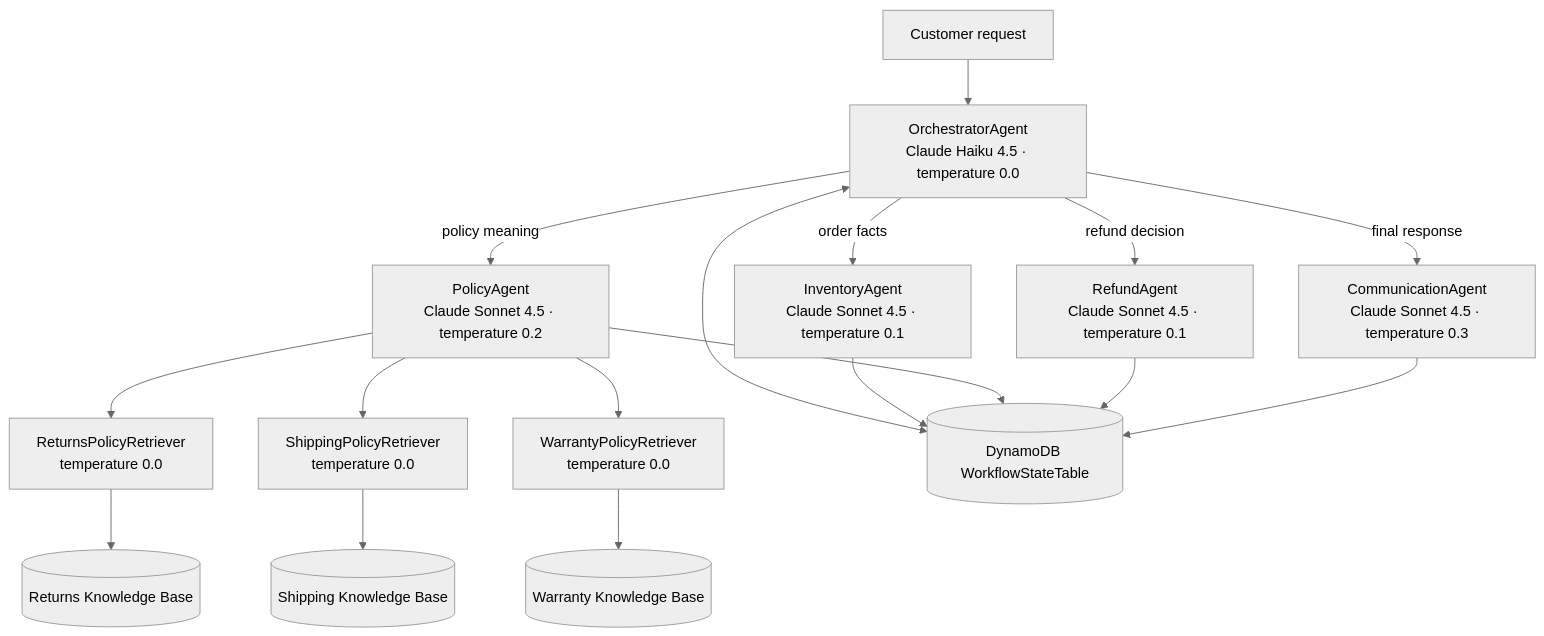
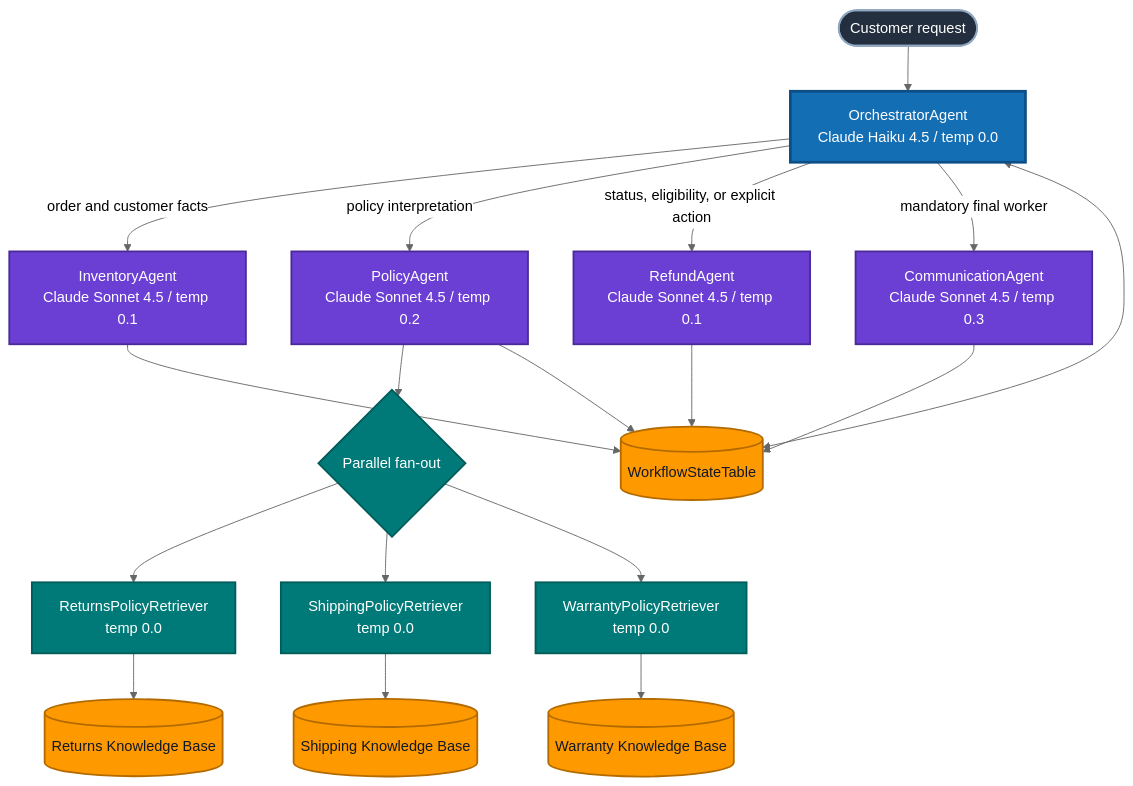
One commit to Nitin-Mane/Multi-Agent-E-commerce-RAG changed the second of 5 diagrams in docs/SYSTEM_ARCHITECTURE.md. Above: the diagram before and after it, drawn with Mermaid (neutral theme). The commit also changed other lines of this file and 5 other files, not shown here.

Commit message:
docs: add professional architecture and lifecycle diagrams

````diff
--- a/docs/SYSTEM_ARCHITECTURE.md
+++ b/docs/SYSTEM_ARCHITECTURE.md
@@ -7,21 +66,33 @@
 ```mermaid
 flowchart TD
-    Customer[Customer request] --> O[OrchestratorAgent<br/>Claude Haiku 4.5 · temperature 0.0]
-    O -->|order facts| I[InventoryAgent<br/>Claude Sonnet 4.5 · temperature 0.1]
-    O -->|policy meaning| P[PolicyAgent<br/>Claude Sonnet 4.5 · temperature 0.2]
-    O -->|refund decision| R[RefundAgent<br/>Claude Sonnet 4.5 · temperature 0.1]
-    O -->|final response| C[CommunicationAgent<br/>Claude Sonnet 4.5 · temperature 0.3]
+    Customer([Customer request]) --> O[OrchestratorAgent<br/>Claude Haiku 4.5 / temp 0.0]
+    O -->|order and customer facts| I[InventoryAgent<br/>Claude Sonnet 4.5 / temp 0.1]
+    O -->|policy interpretation| P[PolicyAgent<br/>Claude Sonnet 4.5 / temp 0.2]
+    O -->|status, eligibility, or explicit action| R[RefundAgent<br/>Claude Sonnet 4.5 / temp 0.1]
+    O -->|mandatory final worker| C[CommunicationAgent<br/>Claude Sonnet 4.5 / temp 0.3]
 
-    P --> PR1[ReturnsPolicyRetriever<br/>temperature 0.0]
-    P --> PR2[ShippingPolicyRetriever<br/>temperature 0.0]
-    P --> PR3[WarrantyPolicyRetriever<br/>temperature 0.0]
+    P --> FanOut{Parallel fan-out}
+    FanOut --> PR1[ReturnsPolicyRetriever<br/>temp 0.0]
+    FanOut --> PR2[ShippingPolicyRetriever<br/>temp 0.0]
+    FanOut --> PR3[WarrantyPolicyRetriever<br/>temp 0.0]
     PR1 --> KB1[(Returns Knowledge Base)]
     PR2 --> KB2[(Shipping Knowledge Base)]
     PR3 --> KB3[(Warranty Knowledge Base)]
 
-    O <--> WS[(DynamoDB WorkflowStateTable)]
+    O <--> WS[(WorkflowStateTable)]
     I --> WS
     P --> WS
     R --> WS
     C --> WS
+
+    classDef user fill:#232F3E,color:#FFFFFF,stroke:#8FA7C1,stroke-width:2px;
+    classDef orchestrator fill:#146EB4,color:#FFFFFF,stroke:#0B4F86,stroke-width:3px;
+    classDef worker fill:#6B3FD4,color:#FFFFFF,stroke:#4A2A96,stroke-width:2px;
+    classDef retrieval fill:#007A78,color:#FFFFFF,stroke:#005C5A,stroke-width:2px;
+    classDef store fill:#FF9900,color:#111827,stroke:#B36B00,stroke-width:2px;
+    class Customer user;
+    class O orchestrator;
+    class I,P,R,C worker;
+    class FanOut,PR1,PR2,PR3 retrieval;
+    class KB1,KB2,KB3,WS store;
 ```
````
